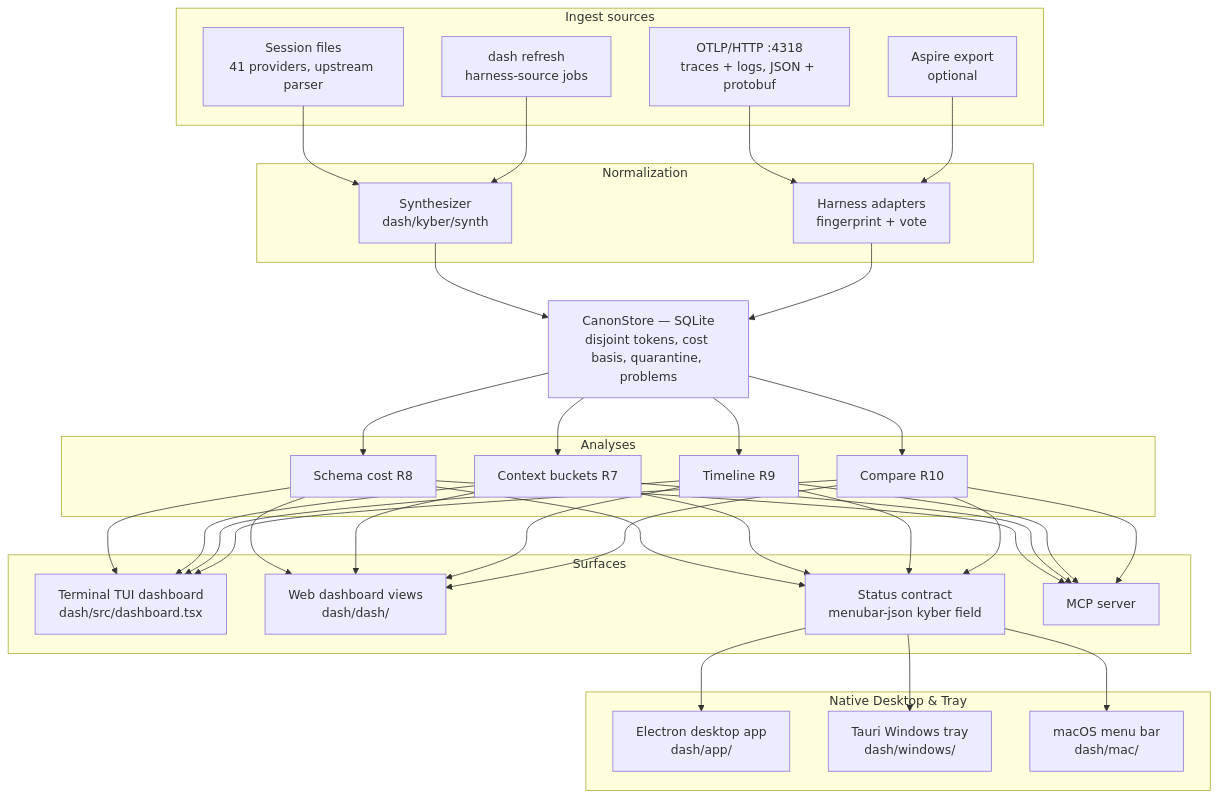
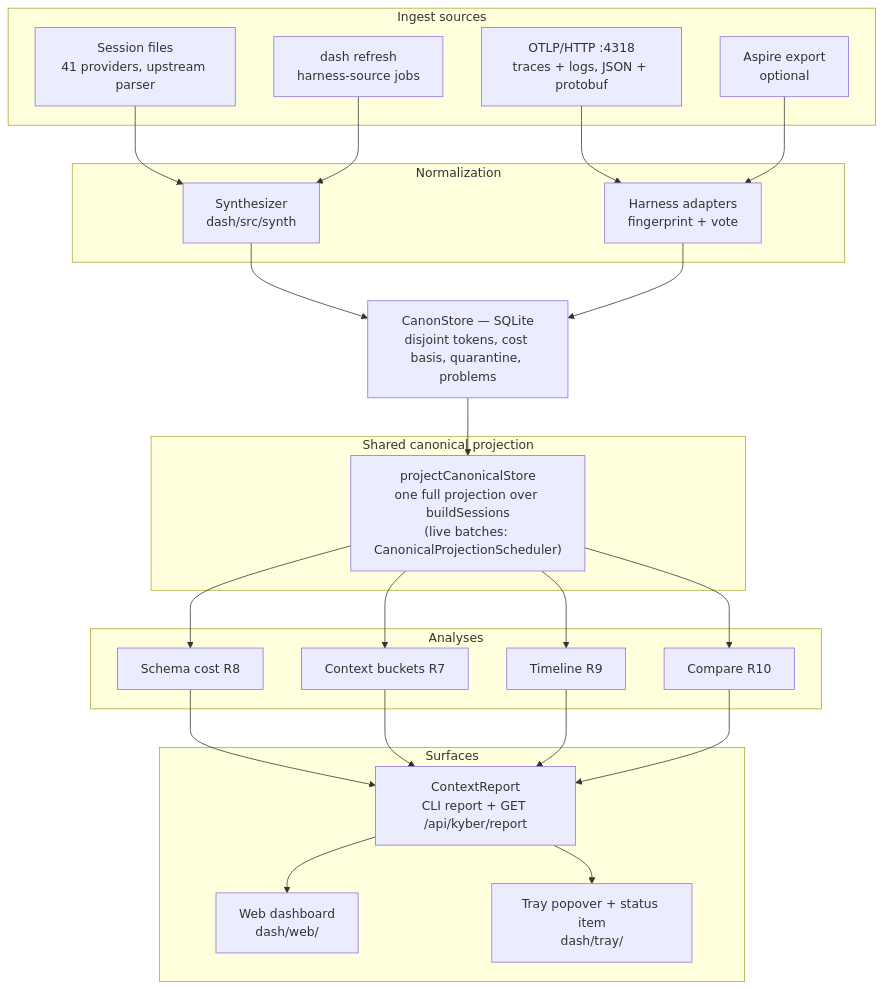
One commit to dpalfery/kyber-weave changed the first of 2 diagrams in docs/dash/architecture.md. Above: the diagram before and after it, drawn with Mermaid. The commit also changed other lines of this file and 13 other files, not shown here.

First line of the commit message:
Update documentation and todos for KyberDash and Squad components

````diff
--- a/docs/dash/architecture.md
+++ b/docs/dash/architecture.md
@@ -76,46 +79,44 @@
 ```mermaid
 flowchart TB
     subgraph sources["Ingest sources"]
         FS["Session files<br/>41 providers, upstream parser"]
         RF["dash refresh<br/>harness-source jobs"]
         OT["OTLP/HTTP :4318<br/>traces + logs, JSON + protobuf"]
         AS["Aspire export<br/>optional"]
     end
 
     subgraph normalize["Normalization"]
-        SY["Synthesizer<br/>dash/kyber/synth"]
+        SY["Synthesizer<br/>dash/src/synth"]
         AD["Harness adapters<br/>fingerprint + vote"]
     end
 
     ST["CanonStore — SQLite<br/>disjoint tokens, cost basis, quarantine, problems"]
+
+    subgraph projection["Shared canonical projection"]
+        PR["projectCanonicalStore<br/>one full projection over buildSessions<br/>(live batches: CanonicalProjectionScheduler)"]
+    end
 
     subgraph analyses["Analyses"]
         AN1["Schema cost R8"]
         AN2["Context buckets R7"]
         AN3["Timeline R9"]
         AN4["Compare R10"]
     end
 
     subgraph surfaces["Surfaces"]
-        TUI["Terminal TUI dashboard<br/>dash/src/dashboard.tsx"]
-        WEB["Web dashboard views<br/>dash/dash/"]
-        SC["Status contract<br/>menubar-json kyber field"]
-        MCP["MCP server"]
-    end
-
-    subgraph native["Native Desktop & Tray"]
-        ELEC["Electron desktop app<br/>dash/app/"]
-        TAURI["Tauri Windows tray<br/>dash/windows/"]
-        MAC["macOS menu bar<br/>dash/mac/"]
+        REPORT["ContextReport<br/>CLI report + GET /api/kyber/report"]
+        WEB["Web dashboard<br/>dash/web/"]
+        TRAY["Tray popover + status item<br/>dash/tray/"]
     end
 
     FS --> SY
     RF --> SY
     OT --> AD
     AS --> AD
     SY --> ST
     AD --> ST
-    ST --> AN1 & AN2 & AN3 & AN4
-    AN1 & AN2 & AN3 & AN4 --> TUI & WEB & SC & MCP
-    SC --> ELEC & TAURI & MAC
+    ST --> PR
+    PR --> AN1 & AN2 & AN3 & AN4
+    AN1 & AN2 & AN3 & AN4 --> REPORT
+    REPORT --> WEB & TRAY
 ```
````
